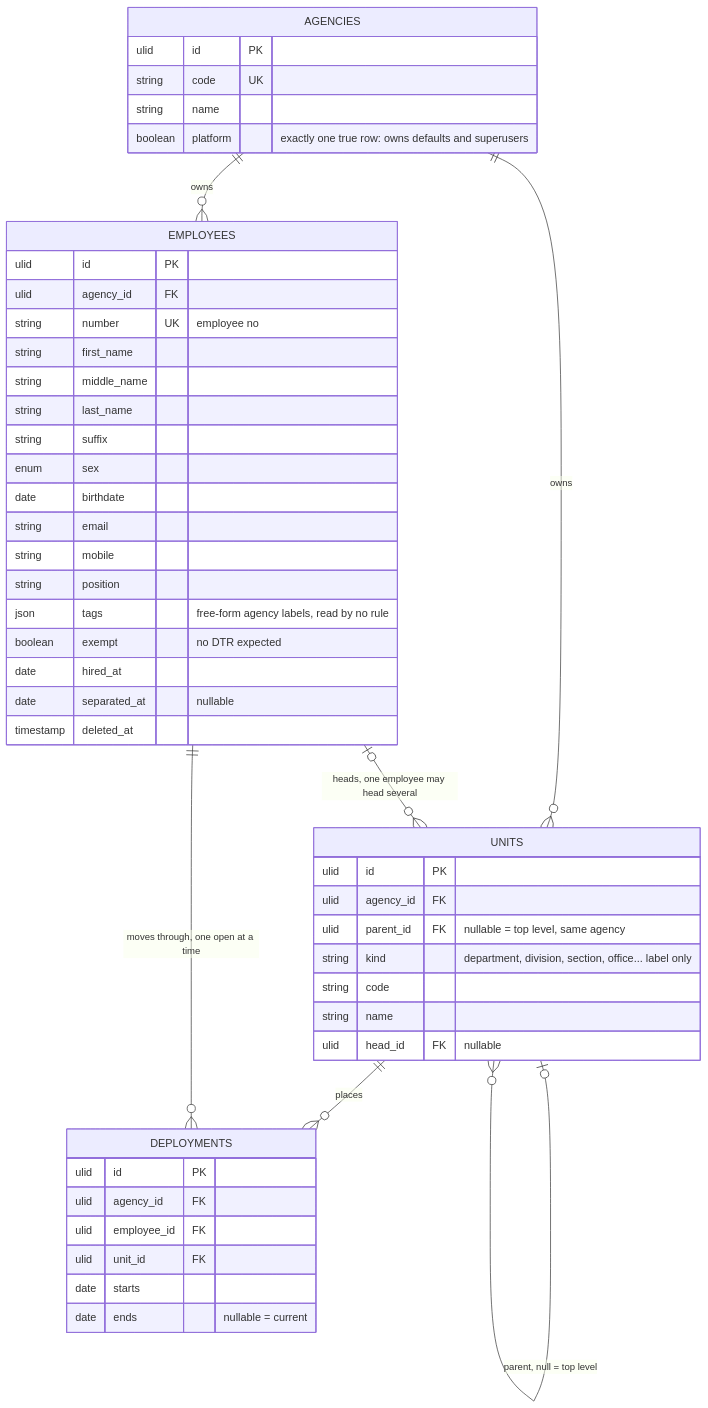
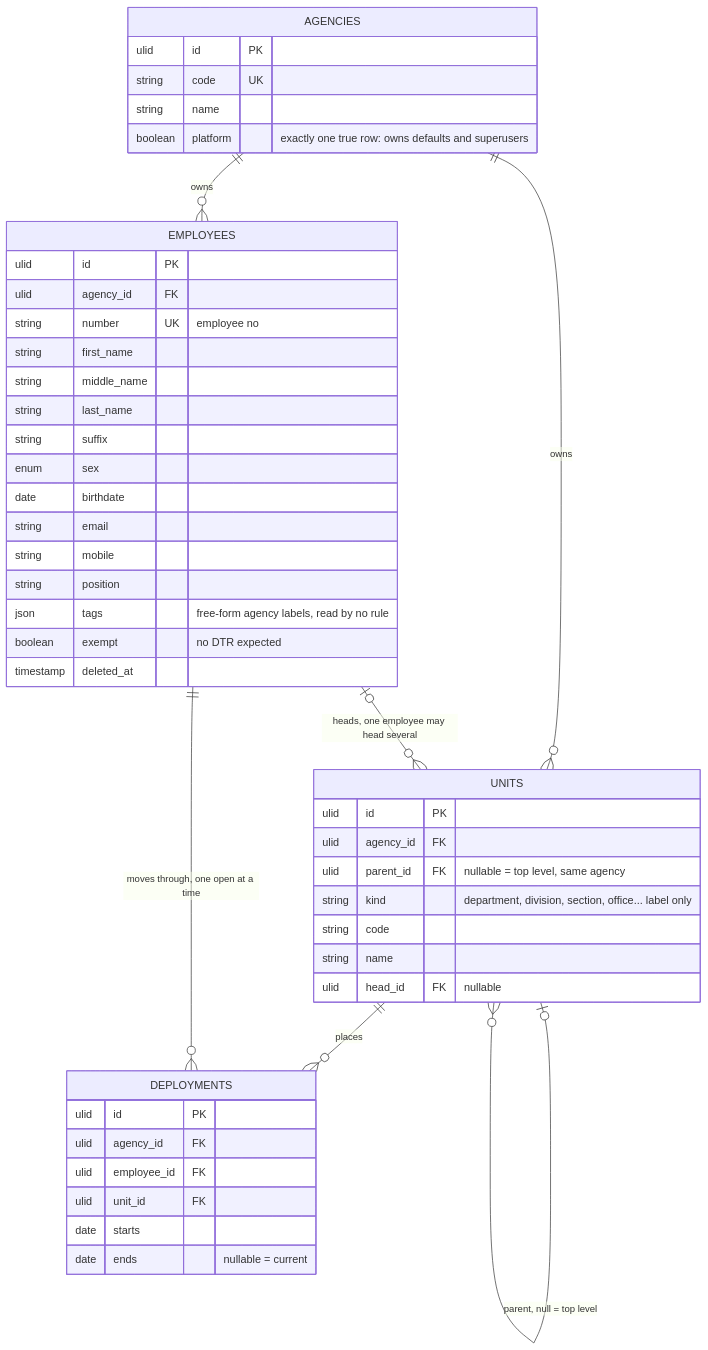
Before and after one commit to joowdx/khronoz: the diagram in docs/design/01-organization.md, drawn with Mermaid. The commit also changed other lines of this file and 39 other files, not shown here.

````diff
--- a/docs/design/01-organization.md
+++ b/docs/design/01-organization.md
@@ -3,52 +3,50 @@
 ```mermaid
 erDiagram
     AGENCIES  ||--o{ UNITS       : "owns"
     AGENCIES  ||--o{ EMPLOYEES   : "owns"
     UNITS     |o--o{ UNITS       : "parent, null = top level"
     UNITS     ||--o{ DEPLOYMENTS : "places"
     EMPLOYEES ||--o{ DEPLOYMENTS : "moves through, one open at a time"
     EMPLOYEES |o--o{ UNITS       : "heads, one employee may head several"
 
     AGENCIES {
         ulid id PK
         string code UK
         string name
         boolean platform "exactly one true row: owns defaults and superusers"
     }
     UNITS {
         ulid id PK
         ulid agency_id FK
         ulid parent_id FK "nullable = top level, same agency"
         string kind "department, division, section, office... label only"
         string code
         string name
         ulid head_id FK "nullable"
     }
     EMPLOYEES {
         ulid id PK
         ulid agency_id FK
         string number UK "employee no"
         string first_name
         string middle_name
         string last_name
         string suffix
         enum sex
         date birthdate
         string email
         string mobile
         string position
         json tags "free-form agency labels, read by no rule"
         boolean exempt "no DTR expected"
-        date hired_at
-        date separated_at "nullable"
         timestamp deleted_at
     }
     DEPLOYMENTS {
         ulid id PK
         ulid agency_id FK
         ulid employee_id FK
         ulid unit_id FK
         date starts
         date ends "nullable = current"
     }
 ```
````
